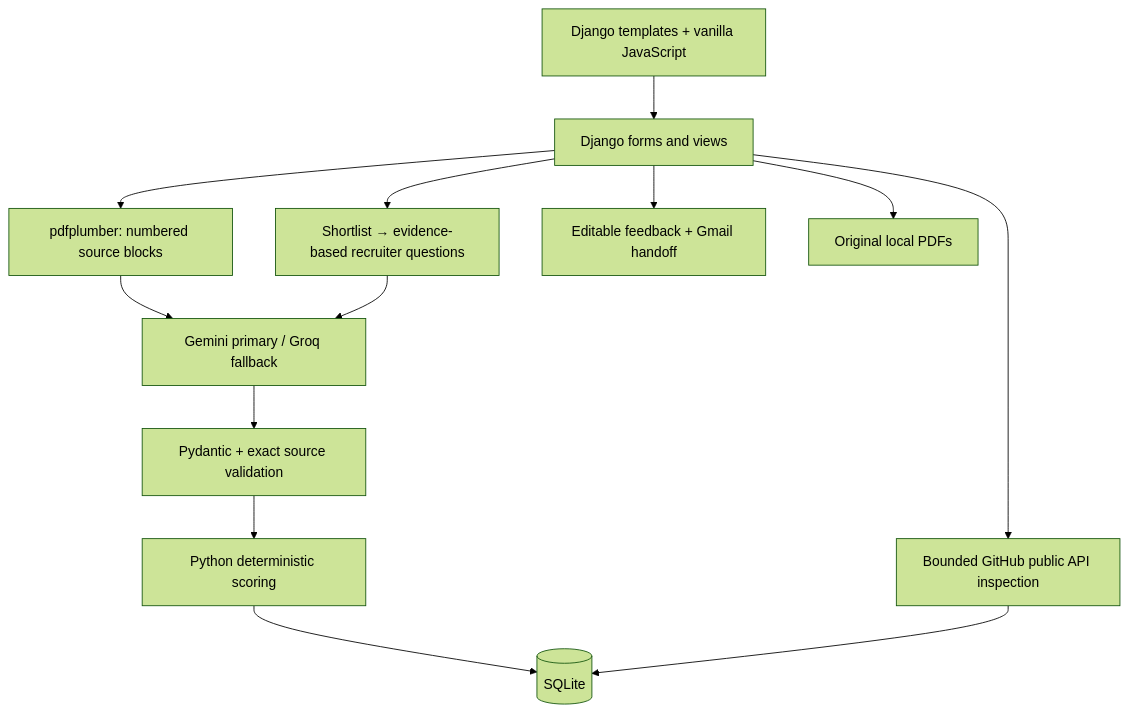
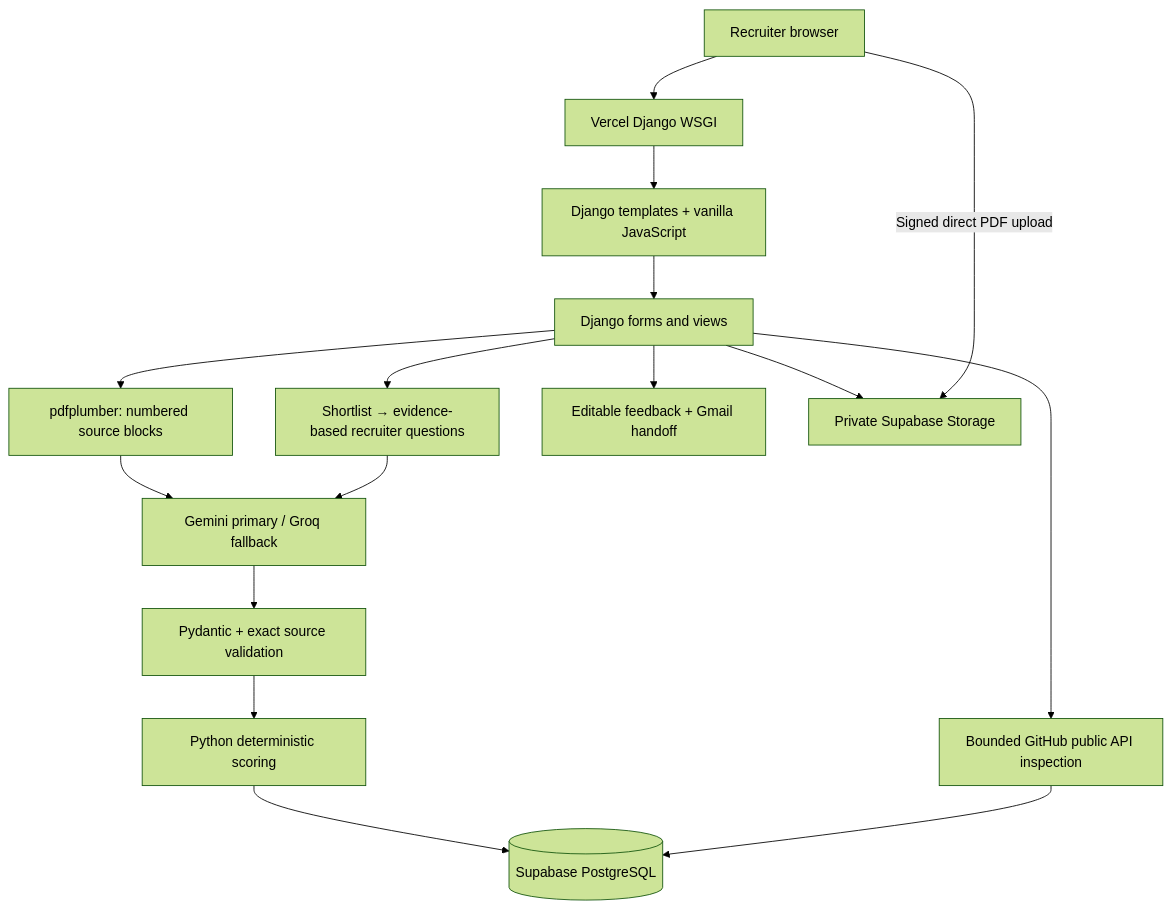
The diagram in README.md (MassGethu/Verity), drawn with Mermaid (forest theme) before and after one commit. The commit also changed other lines of this file, not shown here.

````diff
--- a/README.md
+++ b/README.md
@@ -102,15 +134,18 @@
 ```mermaid
 flowchart TD
-    UI[Django templates + vanilla JavaScript] --> Views[Django forms and views]
+    Browser[Recruiter browser] --> Host[Vercel Django WSGI]
+    Host --> UI[Django templates + vanilla JavaScript]
+    UI --> Views[Django forms and views]
     Views --> PDF[pdfplumber: numbered source blocks]
     PDF --> AI[Gemini primary / Groq fallback]
     AI --> Validation[Pydantic + exact source validation]
     Validation --> Scoring[Python deterministic scoring]
-    Scoring --> DB[(SQLite)]
+    Scoring --> DB[(Supabase PostgreSQL)]
     Views --> GitHub[Bounded GitHub public API inspection]
     GitHub --> DB
     Views --> Guide[Shortlist → evidence-based recruiter questions]
     Guide --> AI
     Views --> Feedback[Editable feedback + Gmail handoff]
-    Views --> Files[Original local PDFs]
+    Views --> Files[Private Supabase Storage]
+    Browser -->|Signed direct PDF upload| Files
 ```
````
